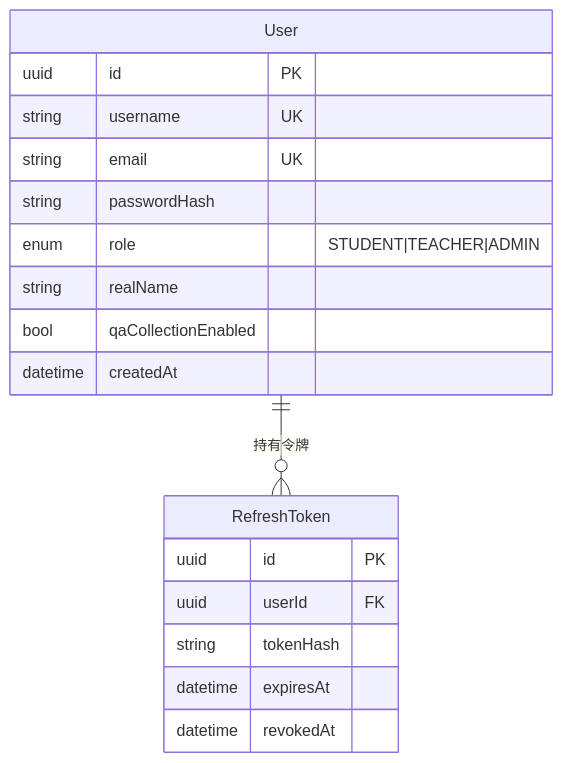
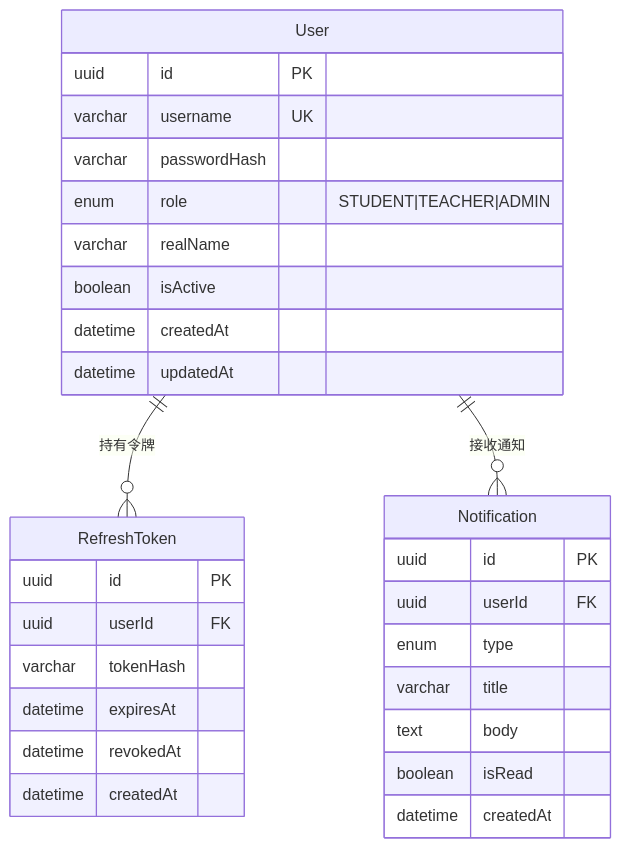
One commit to mocha196/eduAgent changed diagram 18 of 24 in thesis.md. Above: the diagram before and after it, drawn with Mermaid. The commit also changed other lines of this file and 42 other files, not shown here.

````diff
--- a/thesis.md
+++ b/thesis.md
@@ -844,22 +844,33 @@
 ```mermaid
 erDiagram
     User {
         uuid id PK
-        string username UK
-        string email UK
-        string passwordHash
+        varchar username UK
+        varchar passwordHash
         enum role "STUDENT|TEACHER|ADMIN"
-        string realName
-        bool qaCollectionEnabled
+        varchar realName
+        boolean isActive
         datetime createdAt
+        datetime updatedAt
     }
     RefreshToken {
         uuid id PK
         uuid userId FK
-        string tokenHash
+        varchar tokenHash
         datetime expiresAt
         datetime revokedAt
+        datetime createdAt
+    }
+    Notification {
+        uuid id PK
+        uuid userId FK
+        enum type
+        varchar title
+        text body
+        boolean isRead
+        datetime createdAt
     }
 
     User ||--o{ RefreshToken : "持有令牌"
+    User ||--o{ Notification : "接收通知"
 ```
````
